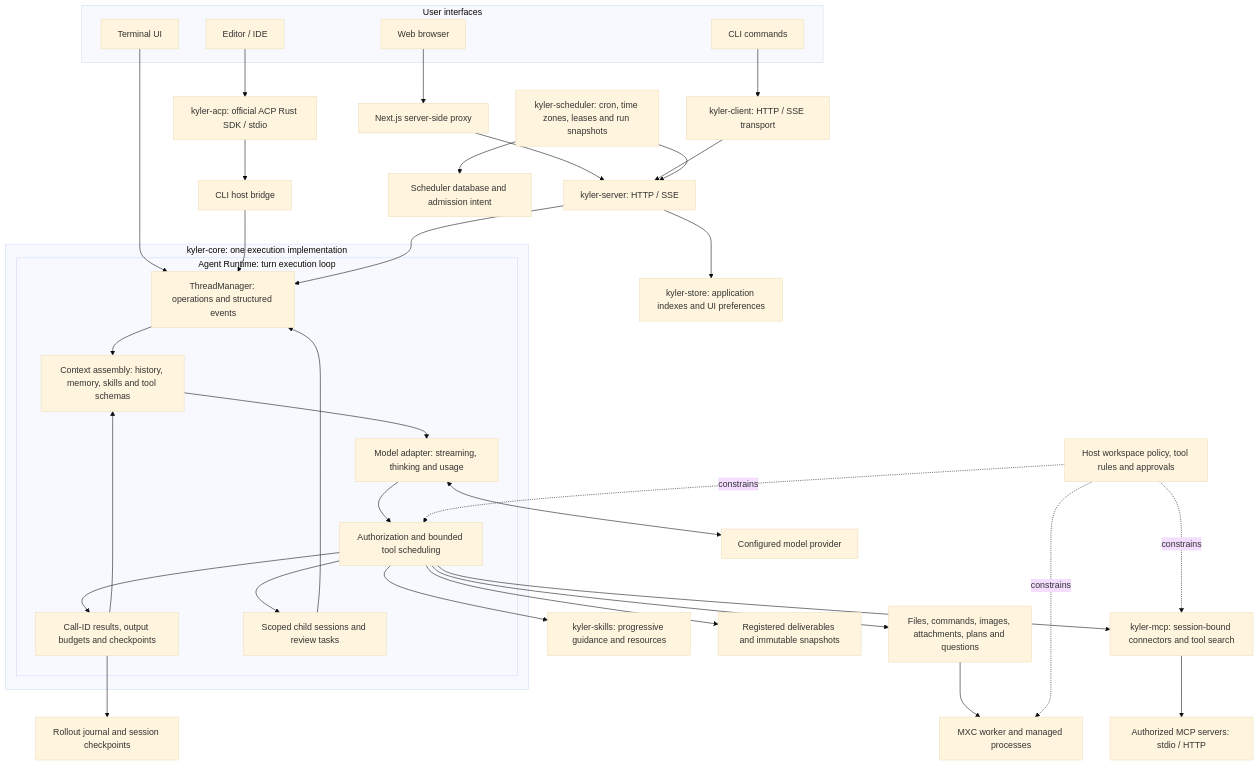
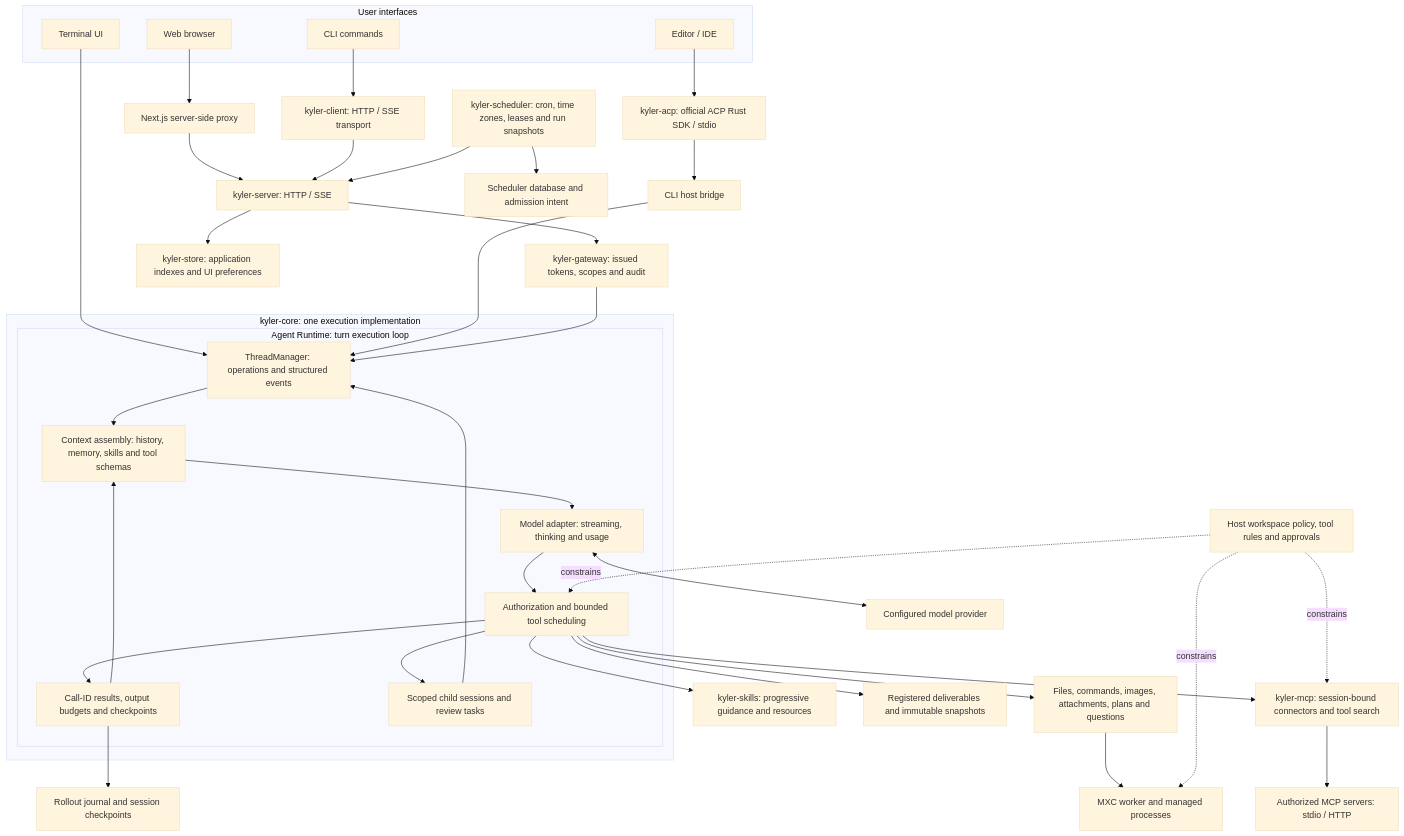
Before and after one commit to yeskyler/Kyler: the first of 3 diagrams in docs/agent-architecture.md, drawn with Mermaid (base theme). The commit also changed other lines of this file and 5 other files, not shown here.

Commit message:
Update architecture, demo, and GitHub installation instructions

````diff
--- a/docs/agent-architecture.md
+++ b/docs/agent-architecture.md
@@ -24,50 +20,51 @@
 ```mermaid
 flowchart TB
     subgraph Interfaces[User interfaces]
         Web[Web browser]
         TUI[Terminal UI]
         CLI[CLI commands]
         IDE[Editor / IDE]
     end
 
     Web --> Proxy[Next.js server-side proxy]
     Proxy --> Server[kyler-server: HTTP / SSE]
     CLI --> Client[kyler-client: HTTP / SSE transport]
     Client --> Server
     IDE --> ACP[kyler-acp: official ACP Rust SDK / stdio]
     ACP --> Bridge[CLI host bridge]
     TUI --> Threads
     Bridge --> Threads
-    Server --> Threads
+    Server --> Gateway[kyler-gateway: issued tokens, scopes and audit]
+    Gateway --> Threads
     Scheduler[kyler-scheduler: cron, time zones, leases and run snapshots] --> Server
 
     subgraph Core[kyler-core: one execution implementation]
         Threads[ThreadManager: operations and structured events]
         subgraph Runtime[Agent Runtime: turn execution loop]
         Context[Context assembly: history, memory, skills and tool schemas]
         Model[Model adapter: streaming, thinking and usage]
         Dispatch[Authorization and bounded tool scheduling]
         Results[Call-ID results, output budgets and checkpoints]
         Children[Scoped child sessions and review tasks]
         Threads --> Context --> Model --> Dispatch --> Results
         Results --> Context
         Dispatch --> Children
         Children --> Threads
         end
     end
 
     Model <--> Provider[Configured model provider]
     Dispatch --> Builtins[Files, commands, images, attachments, plans and questions]
     Dispatch --> MCP[kyler-mcp: session-bound connectors and tool search]
     Dispatch --> Skills[kyler-skills: progressive guidance and resources]
     Dispatch --> Artifacts[Registered deliverables and immutable snapshots]
     Builtins --> Sandbox[MXC worker and managed processes]
     MCP --> Remote[Authorized MCP servers: stdio / HTTP]
     Results --> History[Rollout journal and session checkpoints]
     Server --> Store[kyler-store: application indexes and UI preferences]
     Scheduler --> SchedulerDB[Scheduler database and admission intent]
 
     Policy[Host workspace policy, tool rules and approvals] -. constrains .-> Dispatch
     Policy -. constrains .-> Sandbox
     Policy -. constrains .-> MCP
 ```
````
